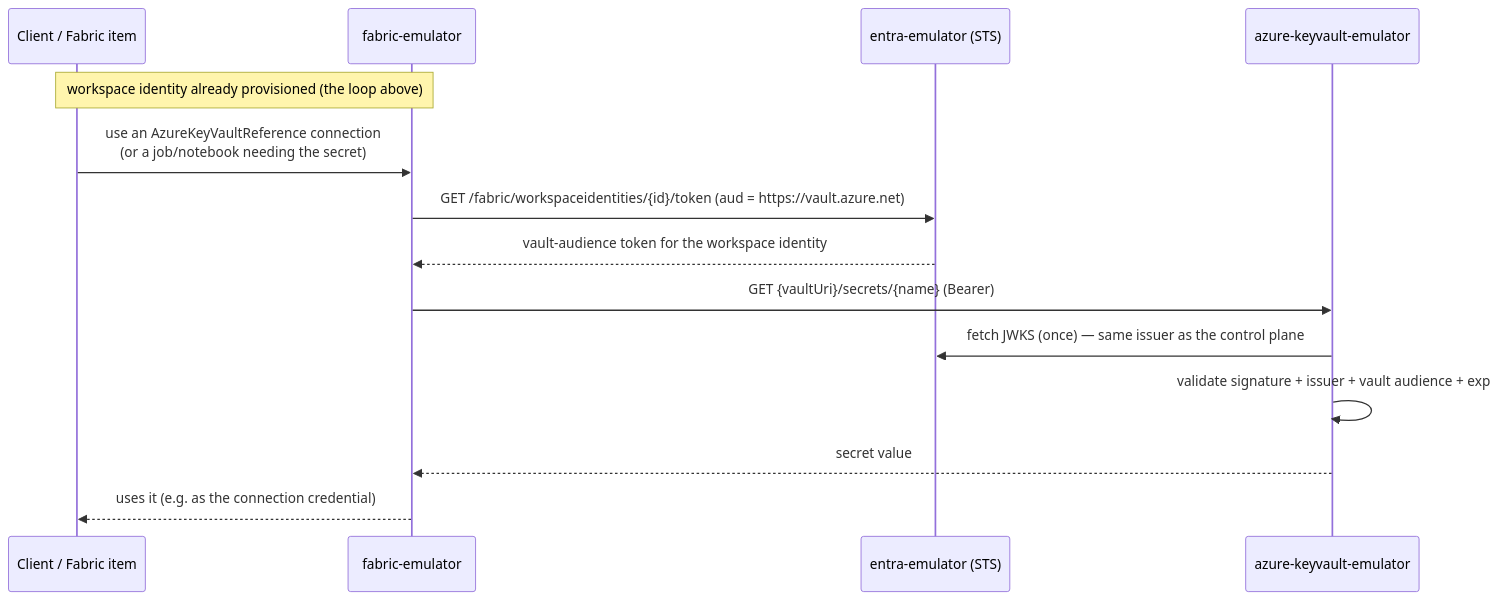
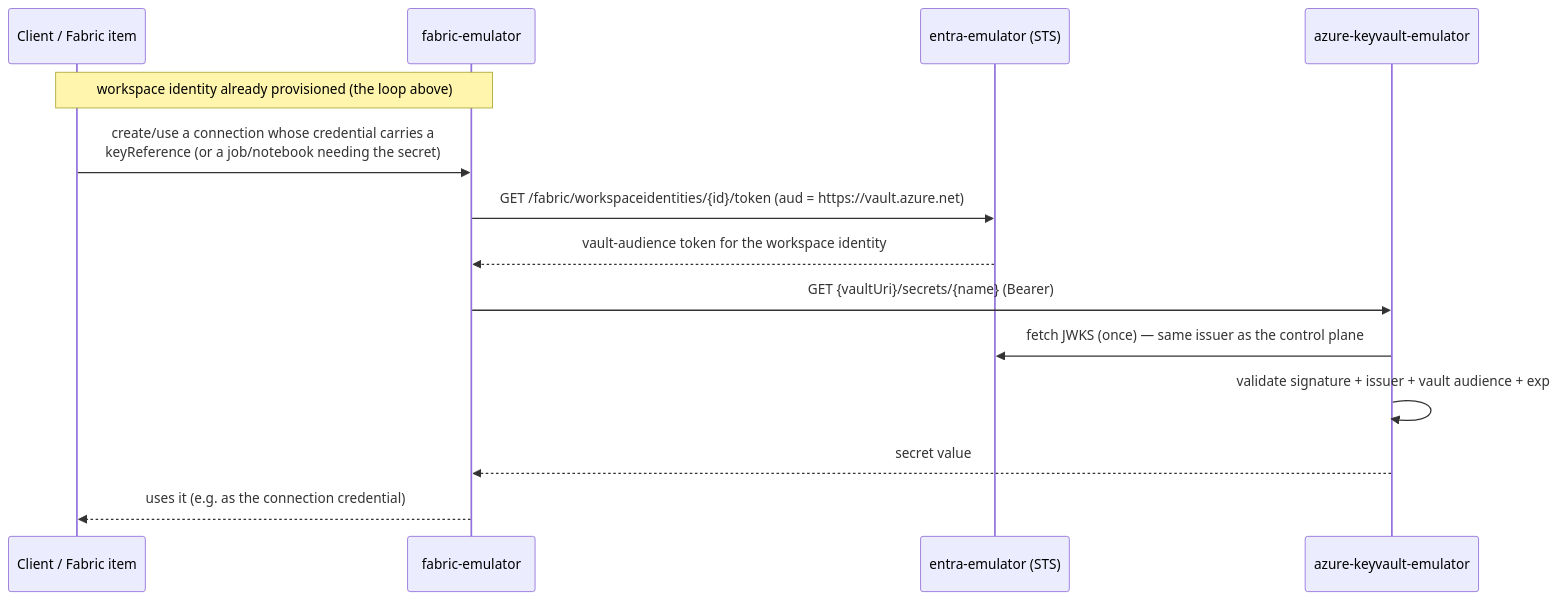
One commit to calvinchengx/fabric-emulator changed the second of 2 diagrams in docs/09-identity-handshake.md. Above: the diagram before and after it, drawn with Mermaid. The commit also changed other lines of this file and 43 other files, not shown here.

````diff
--- a/docs/09-identity-handshake.md
+++ b/docs/09-identity-handshake.md
@@ -69,16 +70,16 @@
 ```mermaid
 sequenceDiagram
     participant C as Client / Fabric item
     participant F as fabric-emulator
     participant E as entra-emulator (STS)
     participant K as azure-keyvault-emulator
     Note over C,F: workspace identity already provisioned (the loop above)
-    C->>F: use an AzureKeyVaultReference connection<br/>(or a job/notebook needing the secret)
+    C->>F: create/use a connection whose credential carries a<br/>keyReference (or a job/notebook needing the secret)
     F->>E: GET /fabric/workspaceidentities/{id}/token (aud = https://vault.azure.net)
     E-->>F: vault-audience token for the workspace identity
     F->>K: GET {vaultUri}/secrets/{name}  (Bearer)
     K->>E: fetch JWKS (once) — same issuer as the control plane
     K->>K: validate signature + issuer + vault audience + exp
     K-->>F: secret value
     F-->>C: uses it (e.g. as the connection credential)
 ```
````
